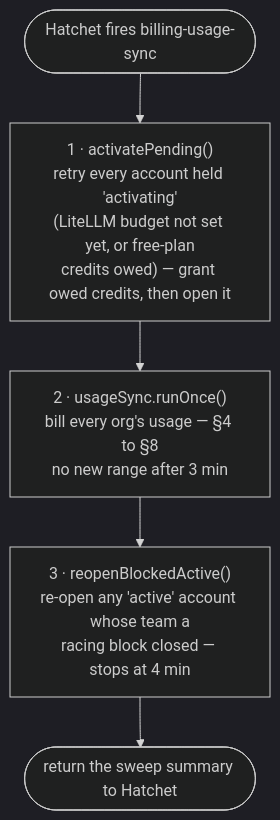
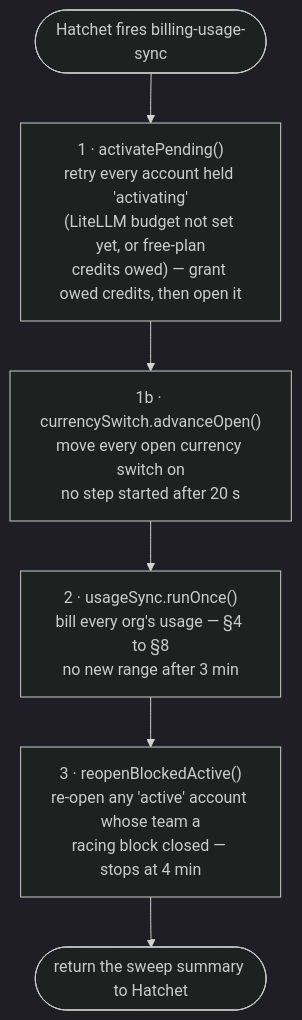
Before and after one commit to EnWithAI/enginos-billing: the diagram in docs/BILLING-WORKER.md, drawn with Mermaid (dark theme). The commit also changed other lines of this file and 66 other files, not shown here.

````diff
--- a/docs/BILLING-WORKER.md
+++ b/docs/BILLING-WORKER.md
@@ -111,8 +111,9 @@
 ```mermaid
 flowchart TD
     T([Hatchet fires billing-usage-sync]) --> A
-    A["1 · activatePending()<br/>retry every account held 'activating'<br/>(LiteLLM budget not set yet, or free-plan<br/>credits owed) — grant owed credits, then open it"] --> S
+    A["1 · activatePending()<br/>retry every account held 'activating'<br/>(LiteLLM budget not set yet, or free-plan<br/>credits owed) — grant owed credits, then open it"] --> C
+    C["1b · currencySwitch.advanceOpen()<br/>move every open currency switch on<br/>no step started after 20 s"] --> S
     S["2 · usageSync.runOnce()<br/>bill every org's usage — §4 to §8<br/>no new range after 3 min"] --> G
     G["3 · reopenBlockedActive()<br/>re-open any 'active' account whose team a<br/>racing block closed — stops at 4 min"] --> R
     R([return the sweep summary to Hatchet])
 ```
````
